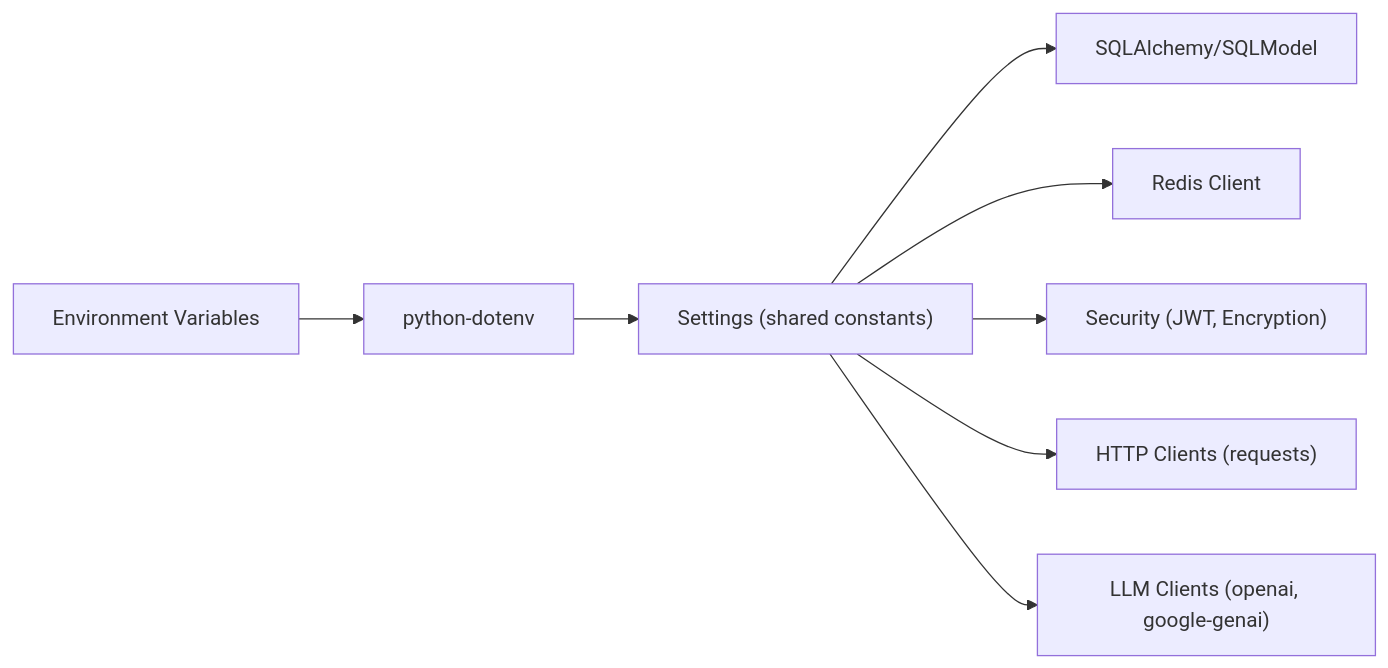
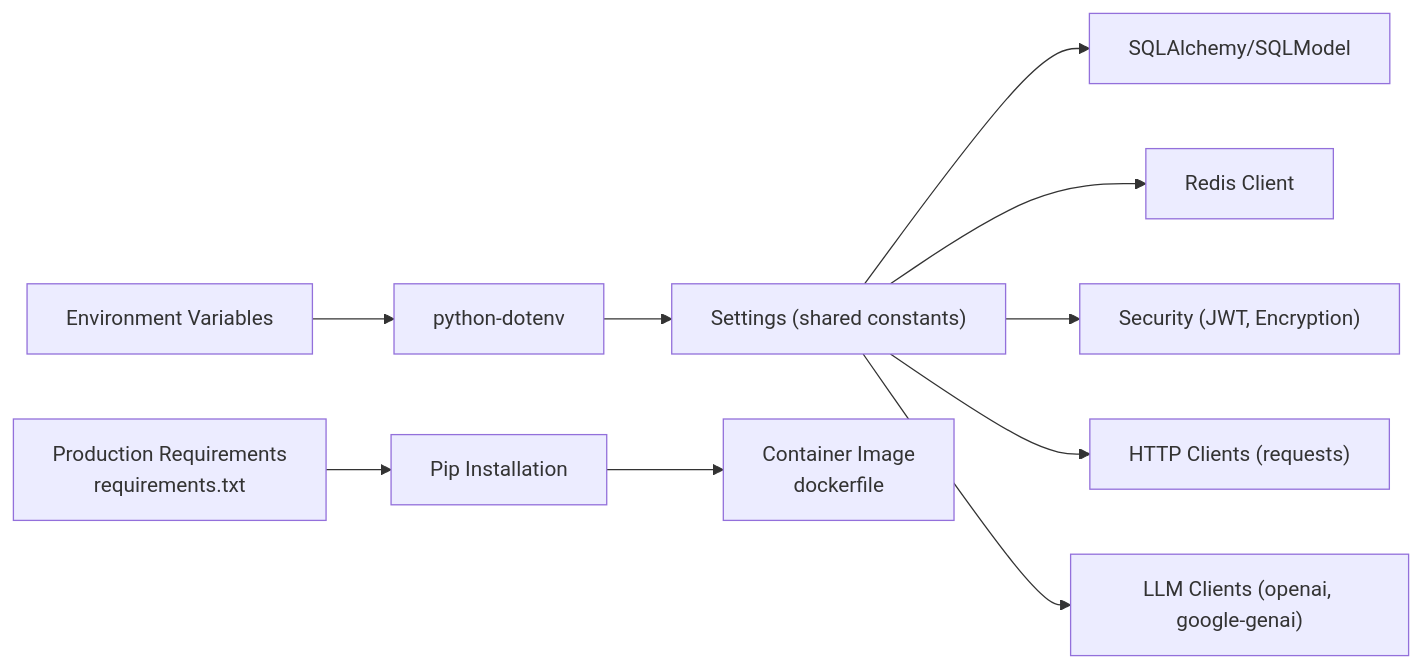
The fourth of 4 diagrams in .qoder/repowiki/en/content/Deployment & Operations/Environment Setup & Configuration.md (Muhammad-Masood/tijarah-ai-backend), drawn with Mermaid before and after one commit. The commit also changed other lines of this file and 4 other files, not shown here.

````diff
--- a/.qoder/repowiki/en/content/Deployment & Operations/Environment Setup & Configuration.md
+++ b/.qoder/repowiki/en/content/Deployment & Operations/Environment Setup & Configuration.md
@@ -346,10 +384,12 @@
 ```mermaid
 graph LR
 A["Environment Variables"] --> B["python-dotenv"]
 B --> C["Settings (shared constants)"]
 C --> D["SQLAlchemy/SQLModel"]
 C --> E["Redis Client"]
 C --> F["Security (JWT, Encryption)"]
 C --> G["HTTP Clients (requests)"]
 C --> H["LLM Clients (openai, google-genai)"]
+I["Production Requirements<br/>requirements.txt"] --> J["Pip Installation"]
+J --> K["Container Image<br/>dockerfile"]
 ```
````
